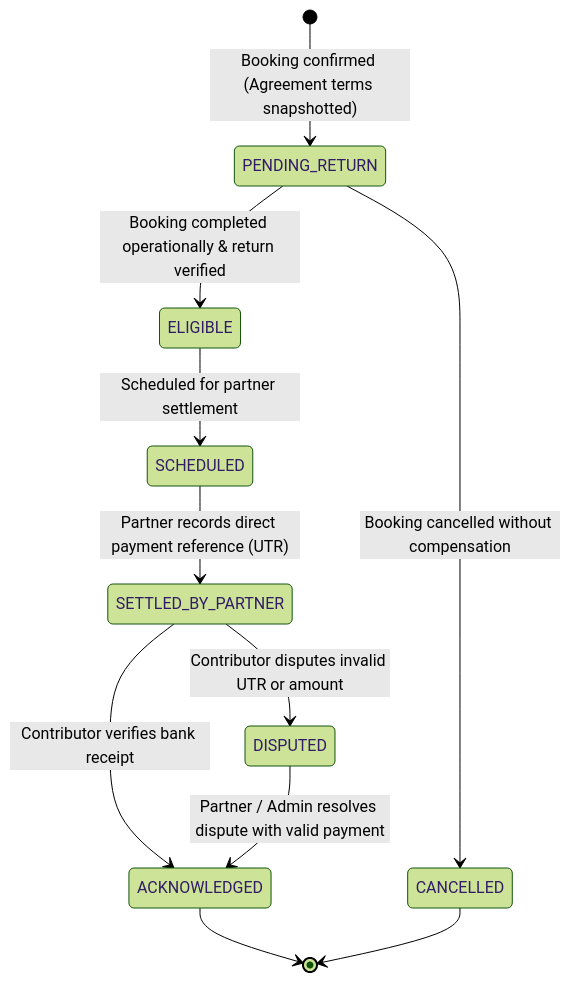
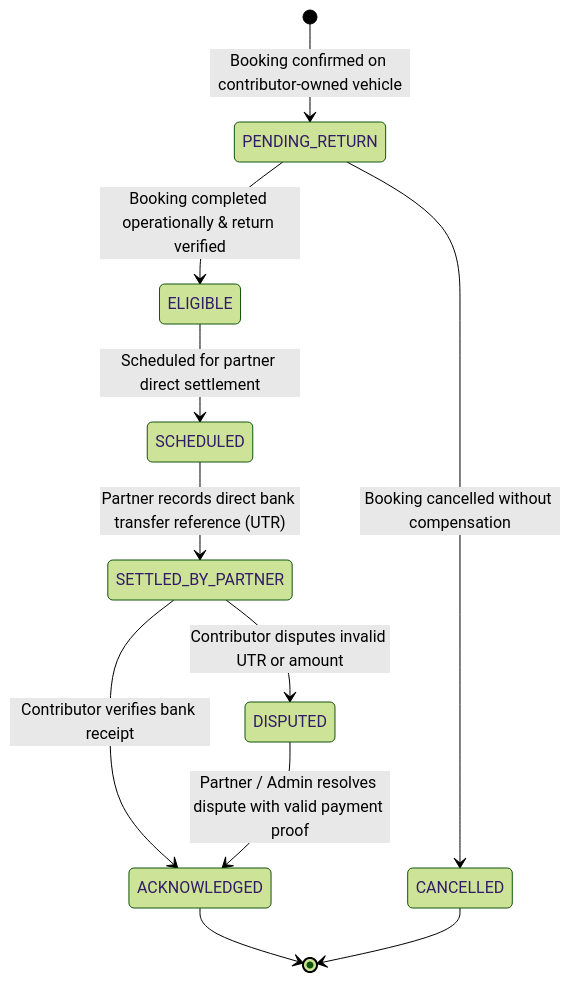
The eighth of 8 diagrams in docs/STATE_MACHINES.md (jayasai14/vehicle-rental-platform), drawn with Mermaid (forest theme) before and after one commit. The commit also changed other lines of this file and 14 other files, not shown here.

Commit message:
docs: reconcile payment architecture to partner-direct collection model

````diff
--- a/docs/STATE_MACHINES.md
+++ b/docs/STATE_MACHINES.md
@@ -280,16 +280,16 @@
 ```mermaid
 stateDiagram-v2
-    [*] --> PENDING_RETURN: Booking confirmed (Agreement terms snapshotted)
+    [*] --> PENDING_RETURN: Booking confirmed on contributor-owned vehicle
     PENDING_RETURN --> ELIGIBLE: Booking completed operationally & return verified
     PENDING_RETURN --> CANCELLED: Booking cancelled without compensation
     
-    ELIGIBLE --> SCHEDULED: Scheduled for partner settlement
-    SCHEDULED --> SETTLED_BY_PARTNER: Partner records direct payment reference (UTR)
+    ELIGIBLE --> SCHEDULED: Scheduled for partner direct settlement
+    SCHEDULED --> SETTLED_BY_PARTNER: Partner records direct bank transfer reference (UTR)
     
     SETTLED_BY_PARTNER --> ACKNOWLEDGED: Contributor verifies bank receipt
     SETTLED_BY_PARTNER --> DISPUTED: Contributor disputes invalid UTR or amount
-    DISPUTED --> ACKNOWLEDGED: Partner / Admin resolves dispute with valid payment
+    DISPUTED --> ACKNOWLEDGED: Partner / Admin resolves dispute with valid payment proof
     
     ACKNOWLEDGED --> [*]
     CANCELLED --> [*]
 ```
````
